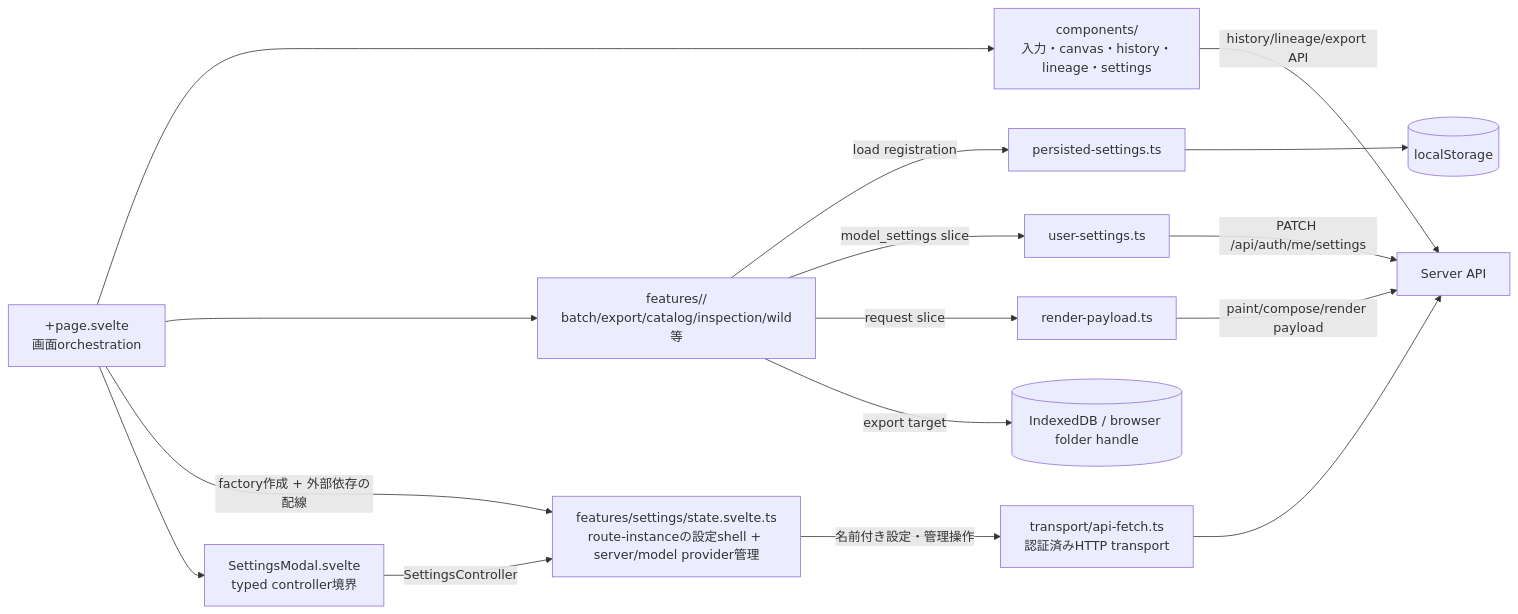
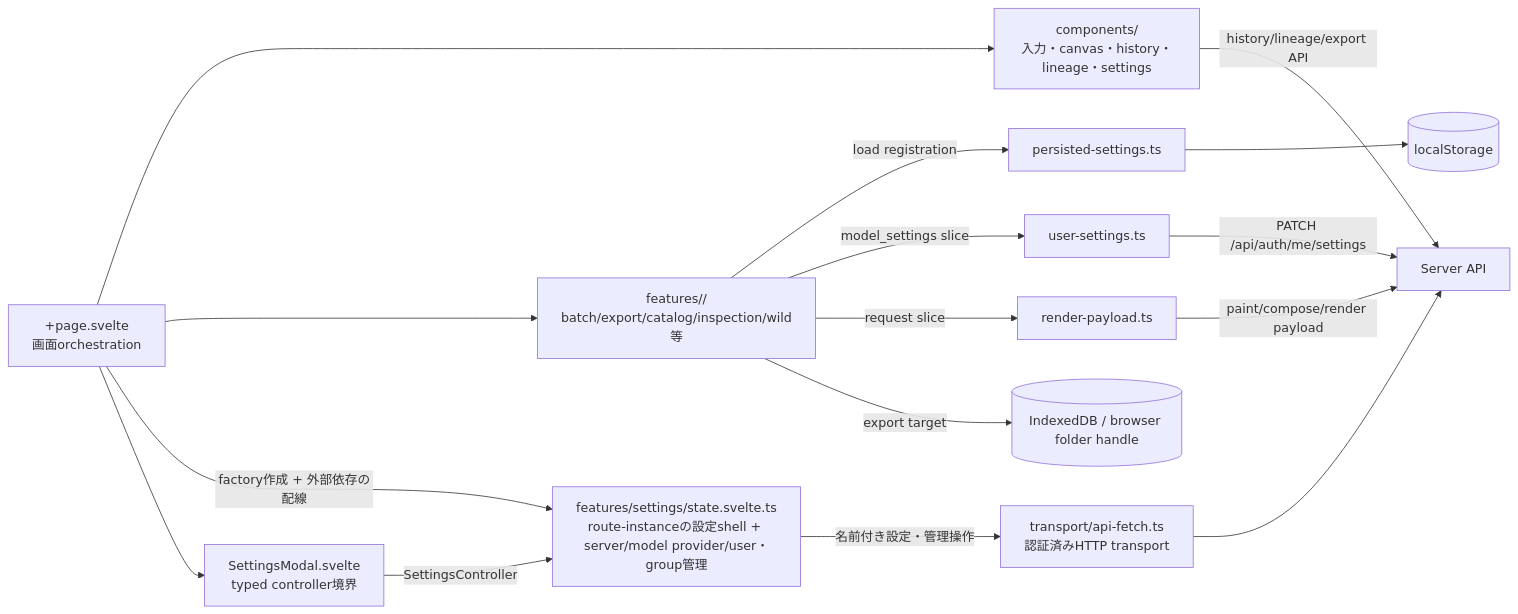
One commit to oikawas/inku-lang changed the second of 2 diagrams in docs/architecture/client-boundaries.ja.md. Above: the diagram before and after it, drawn with Mermaid. The commit also changed other lines of this file and 5 other files, not shown here.

Commit message:
refactor(web): move user administration to settings owner

````diff
--- a/docs/architecture/client-boundaries.ja.md
+++ b/docs/architecture/client-boundaries.ja.md
@@ -31,31 +31,31 @@
 ```mermaid
 flowchart LR
     PAGE["+page.svelte\n画面orchestration"]
     COMPONENTS["components/\n入力・canvas・history・lineage・settings"]
     FEATURES["features/<name>/\nbatch/export/catalog/inspection/wild等"]
-    SETTINGS["features/settings/state.svelte.ts\nroute-instanceの設定shell + server/model provider管理"]
+    SETTINGS["features/settings/state.svelte.ts\nroute-instanceの設定shell + server/model provider/user・group管理"]
     SETTINGS_MODAL["SettingsModal.svelte\ntyped controller境界"]
     TRANSPORT["transport/api-fetch.ts\n認証済みHTTP transport"]
     PERSIST["persisted-settings.ts"]
     USERSET["user-settings.ts"]
     PAYLOAD["render-payload.ts"]
     LOCAL[("localStorage")]
     INDEXED[("IndexedDB / browser folder handle")]
     API["Server API"]
 
     PAGE --> COMPONENTS
     PAGE --> FEATURES
     PAGE -->|"factory作成 + 外部依存の配線"| SETTINGS
     PAGE --> SETTINGS_MODAL
     SETTINGS_MODAL -->|"SettingsController"| SETTINGS
     SETTINGS -->|"名前付き設定・管理操作"| TRANSPORT
     TRANSPORT --> API
     FEATURES -->|"load registration"| PERSIST
     FEATURES -->|"model_settings slice"| USERSET
     FEATURES -->|"request slice"| PAYLOAD
     PERSIST --> LOCAL
     USERSET -->|"PATCH /api/auth/me/settings"| API
     PAYLOAD -->|"paint/compose/render payload"| API
     FEATURES -->|"export target"| INDEXED
     COMPONENTS -->|"history/lineage/export API"| API
 ```
````
